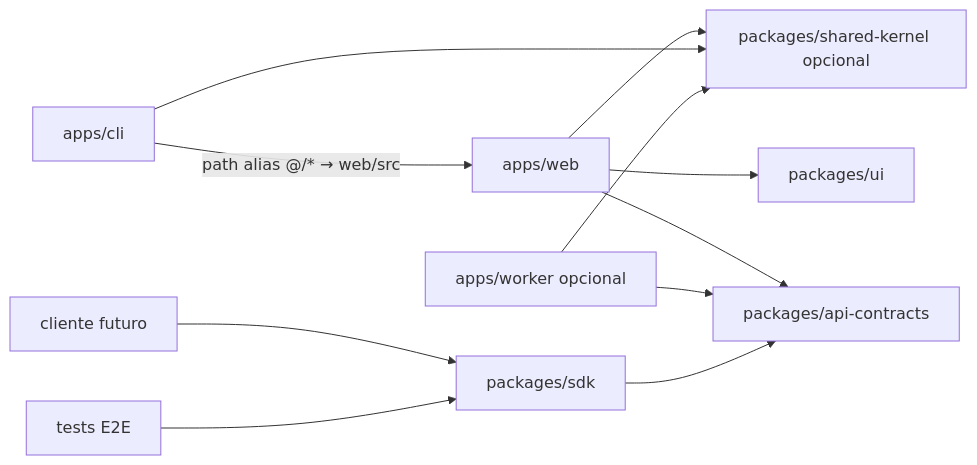
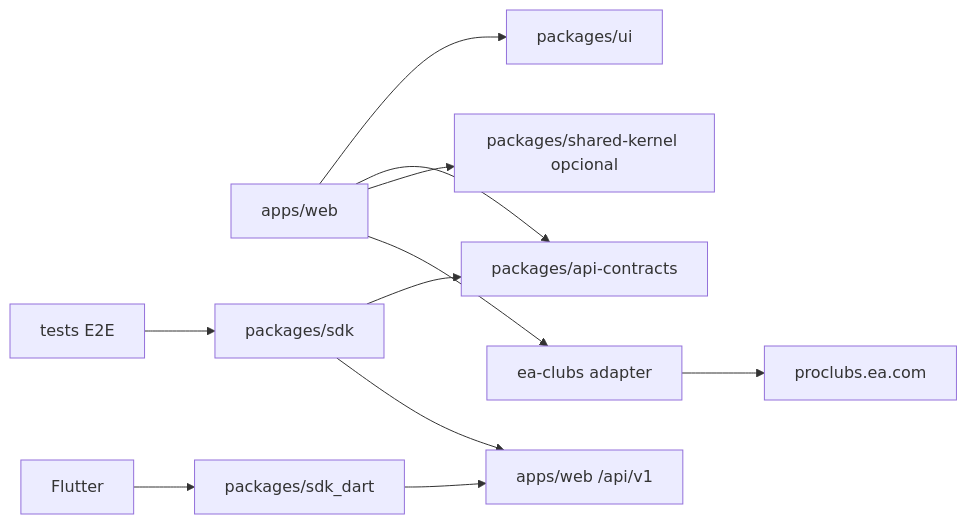
One commit to thedavos/Futrob changed the diagram in docs/architecture/packages-and-sdk.md. Above: the diagram before and after it, drawn with Mermaid. The commit also changed other lines of this file and 1 other file, not shown here.

Commit message:
docs: Document dual SDKs and Futrob OpenAPI surface

````diff
--- a/docs/architecture/packages-and-sdk.md
+++ b/docs/architecture/packages-and-sdk.md
@@ -112,13 +71,13 @@
 ```mermaid
 flowchart LR
   Web["apps/web"] --> UI["packages/ui"]
   Web --> Contracts["packages/api-contracts"]
   Web --> Kernel["packages/shared-kernel opcional"]
-  Cli["apps/cli"] --> Kernel
-  Cli -->|"path alias @/* → web/src"| Web
-  Worker["apps/worker opcional"] --> Kernel
-  Worker --> Contracts
-  Sdk["packages/sdk"] --> Contracts
-  Flutter["cliente futuro"] --> Sdk
-  E2E["tests E2E"] --> Sdk
+  SdkTs["packages/sdk"] --> Contracts
+  SdkDart["packages/sdk_dart"] --> ApiV1["apps/web /api/v1"]
+  SdkTs --> ApiV1
+  Flutter["Flutter"] --> SdkDart
+  E2E["tests E2E"] --> SdkTs
+  EaAdapter["ea-clubs adapter"] --> EaHttp["proclubs.ea.com"]
+  Web --> EaAdapter
 ```
````
